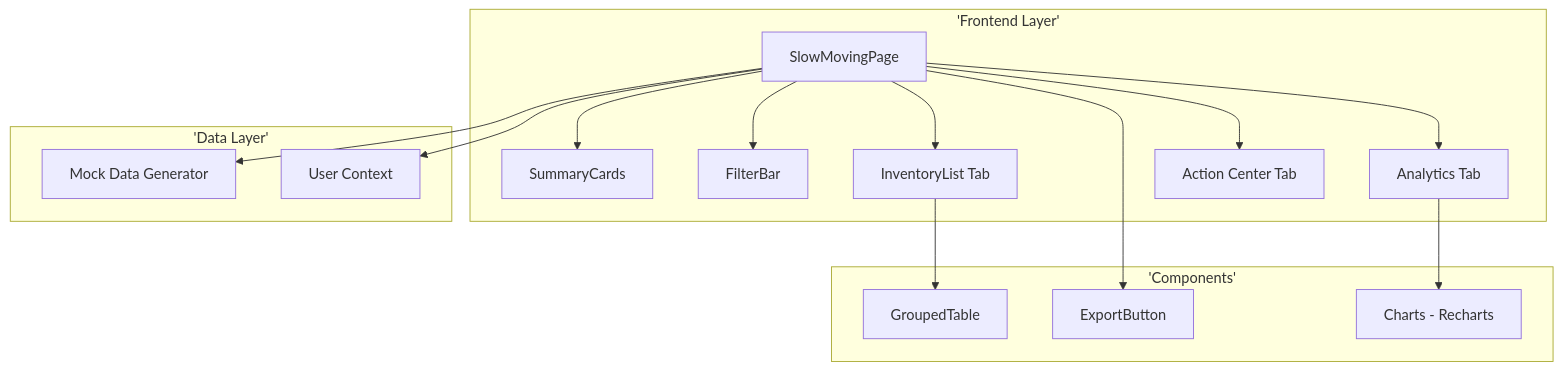
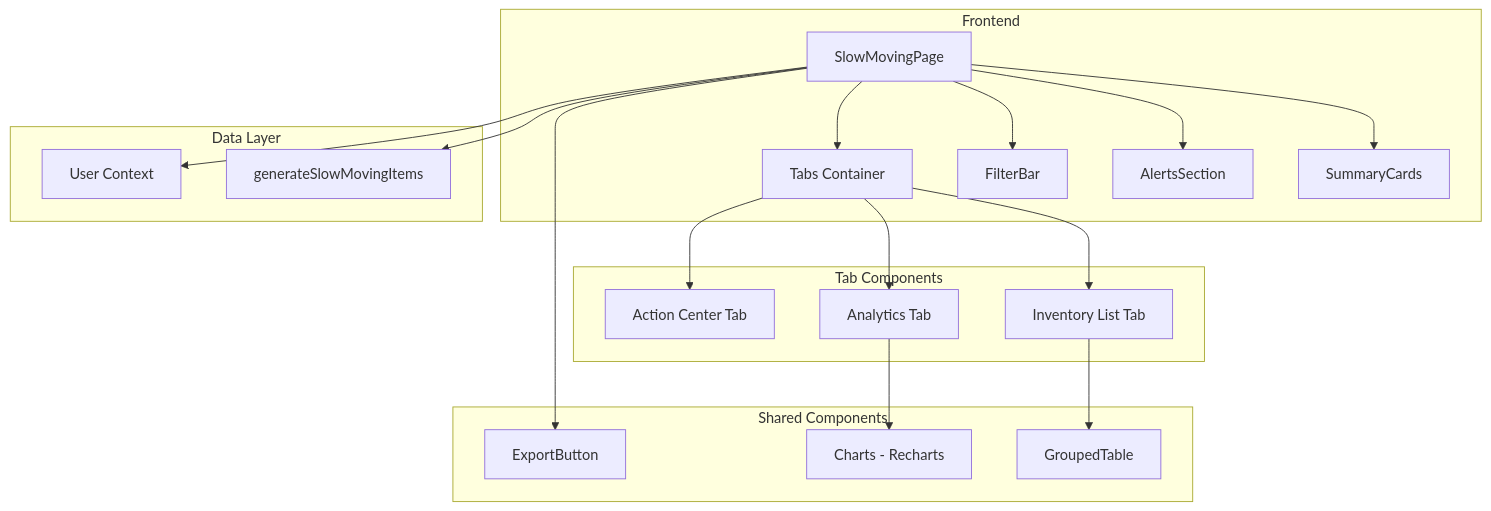
The first of 3 diagrams in docs/app/inventory-management/stock-overview/slow-moving/TS-slow-moving.md (PeakMNA/carmen), drawn with Mermaid before and after one commit. The commit also changed other lines of this file and 473 other files, not shown here.

````diff
--- a/docs/app/inventory-management/stock-overview/slow-moving/TS-slow-moving.md
+++ b/docs/app/inventory-management/stock-overview/slow-moving/TS-slow-moving.md
@@ -15,27 +22,32 @@
 ```mermaid
 graph TB
-    subgraph 'Frontend Layer'
+    subgraph Frontend
         A[SlowMovingPage] --> B[SummaryCards]
-        A --> C[FilterBar]
-        A --> D[InventoryList Tab]
-        A --> E[Analytics Tab]
-        A --> F[Action Center Tab]
+        A --> C[AlertsSection]
+        A --> D[FilterBar]
+        A --> E[Tabs Container]
     end
 
-    subgraph 'Components'
-        G[GroupedTable]
-        H[ExportButton]
-        I[Charts - Recharts]
+    subgraph Tab Components
+        E --> F[Inventory List Tab]
+        E --> G[Analytics Tab]
+        E --> H[Action Center Tab]
     end
 
-    subgraph 'Data Layer'
-        J[Mock Data Generator]
-        K[User Context]
+    subgraph Shared Components
+        I[GroupedTable]
+        J[ExportButton]
+        K[Charts - Recharts]
     end
 
-    D --> G
-    A --> H
-    E --> I
+    subgraph Data Layer
+        L[generateSlowMovingItems]
+        M[User Context]
+    end
+
+    F --> I
     A --> J
-    A --> K
+    G --> K
+    A --> L
+    A --> M
 ```
````
